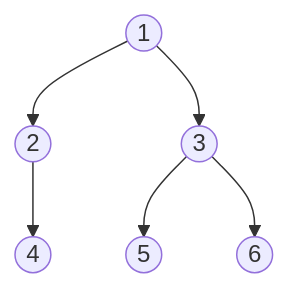
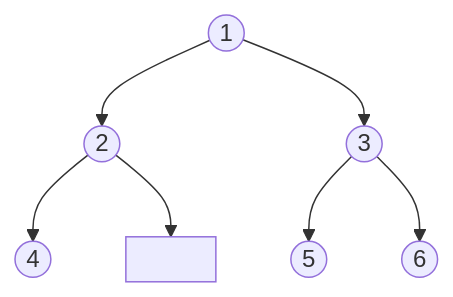
One commit to 3strategy/BeautifulMivney changed the fifth of 11 diagrams in cst/6binnode/Ex6a3binnode.md. Above: the diagram before and after it, drawn with Mermaid. The commit also changed 2 other files, not shown here.

Commit message:
added polymorphism interactive

````diff
--- a/cst/6binnode/Ex6a3binnode.md
+++ b/cst/6binnode/Ex6a3binnode.md
@@ -129,8 +129,9 @@
     ```mermaid
     flowchart TB
       A((1)) --> B((2))
       A --> C((3))
       B --> D((4)):::leaf
+      B --> I[ ]:::invisible
       C --> E((5)):::leaf
       C --> F((6)):::leaf
     ```
````
